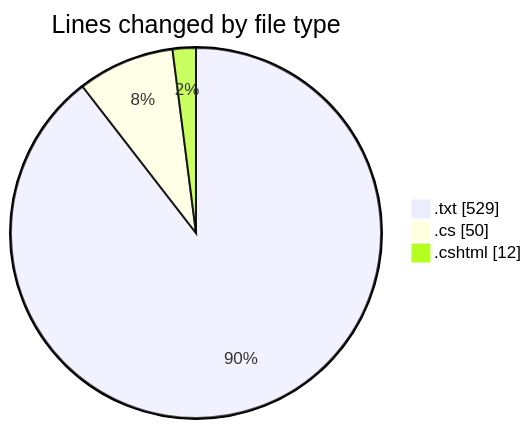
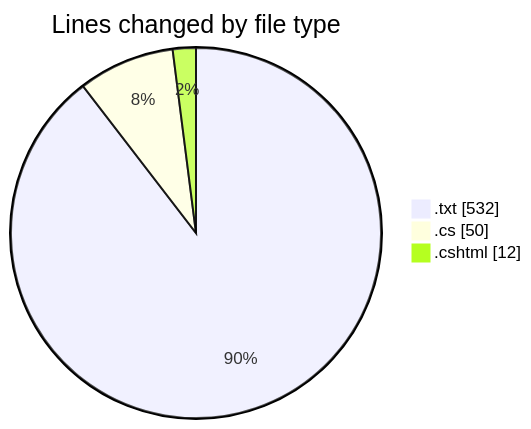
The first of 2 diagrams in 2025-07-26/quanlyrapchieuphim-1/README.md (lephambinh05/code-tracking), drawn with Mermaid before and after one commit. The commit also changed other lines of this file and 1 other file, not shown here.

````diff
--- a/2025-07-26/quanlyrapchieuphim-1/README.md
+++ b/2025-07-26/quanlyrapchieuphim-1/README.md
@@ -24,7 +24,7 @@
 ```mermaid
 pie showData
 title Lines changed by file type
-".txt" : 529
+".txt" : 532
 ".cs" : 50
 ".cshtml" : 12
 ```
````
